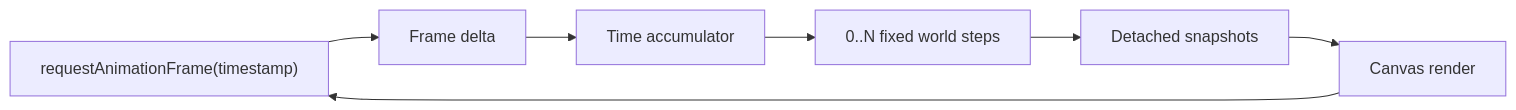
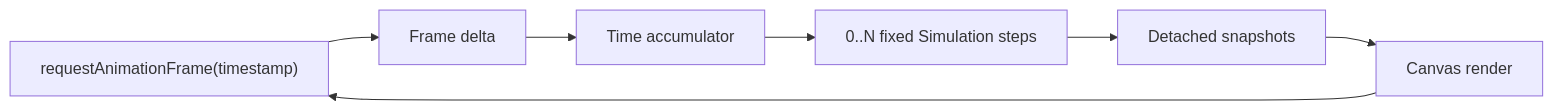
Before and after one commit to fa-ribeiro/vLab2D: the third of 3 diagrams in docs/project/status.md, drawn with Mermaid. The commit also changed other lines of this file and 9 other files, not shown here.

Commit message:
feat(simulation): coordinate world stepping

````diff
--- a/docs/project/status.md
+++ b/docs/project/status.md
@@ -193,12 +216,12 @@
 ```mermaid
 flowchart LR
     RAF["requestAnimationFrame(timestamp)"]
     DELTA["Frame delta"]
     ACC["Time accumulator"]
-    STEP["0..N fixed world steps"]
+    STEP["0..N fixed Simulation steps"]
     SNAP["Detached snapshots"]
     RENDER["Canvas render"]
 
     RAF --> DELTA --> ACC --> STEP --> SNAP --> RENDER
     RENDER --> RAF
 ```
````
